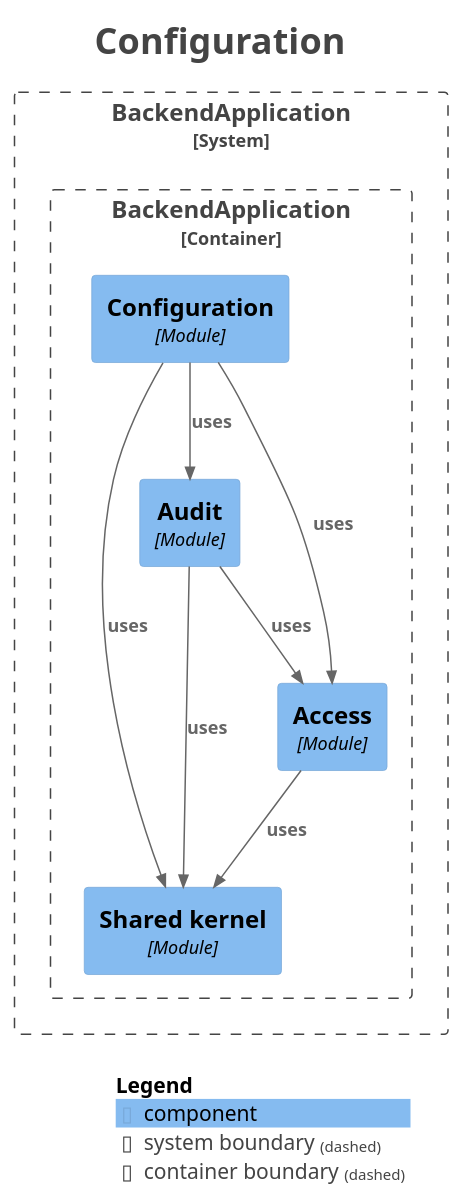
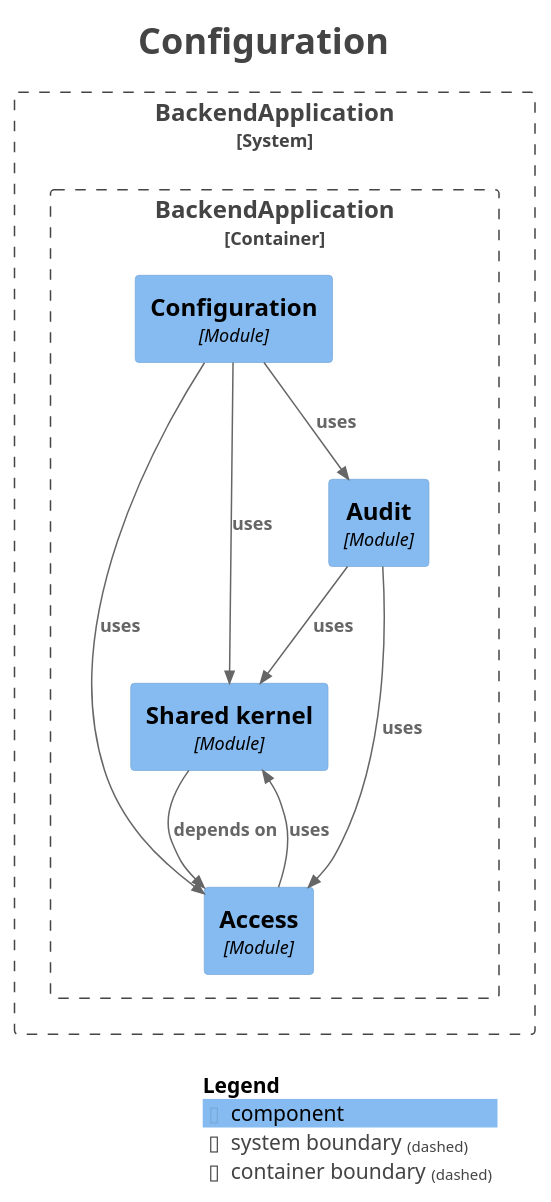
Before and after one commit to fxavier/restaurantePRO: the diagram in docs/architecture/modules/module-config.puml, drawn with PlantUML. The commit also changed 33 other files, not shown here.

```diff
--- a/docs/architecture/modules/module-config.puml
+++ b/docs/architecture/modules/module-config.puml
@@ -1,37 +1,38 @@
 @startuml
 title <size:24>Configuration</size>
 
 set separator none
 top to bottom direction
 
 <style>
   root {
     BackgroundColor: #ffffff
     FontColor: #444444
   }
 </style>
 
 !include <C4/C4>
 !include <C4/C4_Context>
 !include <C4/C4_Component>
 
 System_Boundary("BackendApplication_boundary", "BackendApplication", $tags="") {
   Container_Boundary("BackendApplication.BackendApplication_boundary", "BackendApplication", $tags="") {
     Component(BackendApplication.BackendApplication.Sharedkernel, "Shared kernel", $techn="Module", $descr="", $tags="", $link="")
     Component(BackendApplication.BackendApplication.Access, "Access", $techn="Module", $descr="", $tags="", $link="")
     Component(BackendApplication.BackendApplication.Audit, "Audit", $techn="Module", $descr="", $tags="", $link="")
     Component(BackendApplication.BackendApplication.Configuration, "Configuration", $techn="Module", $descr="", $tags="", $link="")
   }
 
 }
 
+Rel(BackendApplication.BackendApplication.Sharedkernel, BackendApplication.BackendApplication.Access, "depends on", $techn="", $tags="", $link="")
 Rel(BackendApplication.BackendApplication.Configuration, BackendApplication.BackendApplication.Access, "uses", $techn="", $tags="", $link="")
 Rel(BackendApplication.BackendApplication.Configuration, BackendApplication.BackendApplication.Sharedkernel, "uses", $techn="", $tags="", $link="")
 Rel(BackendApplication.BackendApplication.Configuration, BackendApplication.BackendApplication.Audit, "uses", $techn="", $tags="", $link="")
+Rel(BackendApplication.BackendApplication.Access, BackendApplication.BackendApplication.Sharedkernel, "uses", $techn="", $tags="", $link="")
 Rel(BackendApplication.BackendApplication.Audit, BackendApplication.BackendApplication.Access, "uses", $techn="", $tags="", $link="")
 Rel(BackendApplication.BackendApplication.Audit, BackendApplication.BackendApplication.Sharedkernel, "uses", $techn="", $tags="", $link="")
-Rel(BackendApplication.BackendApplication.Access, BackendApplication.BackendApplication.Sharedkernel, "uses", $techn="", $tags="", $link="")
 
 SHOW_LEGEND(true)
 hide stereotypes
 @enduml
```
